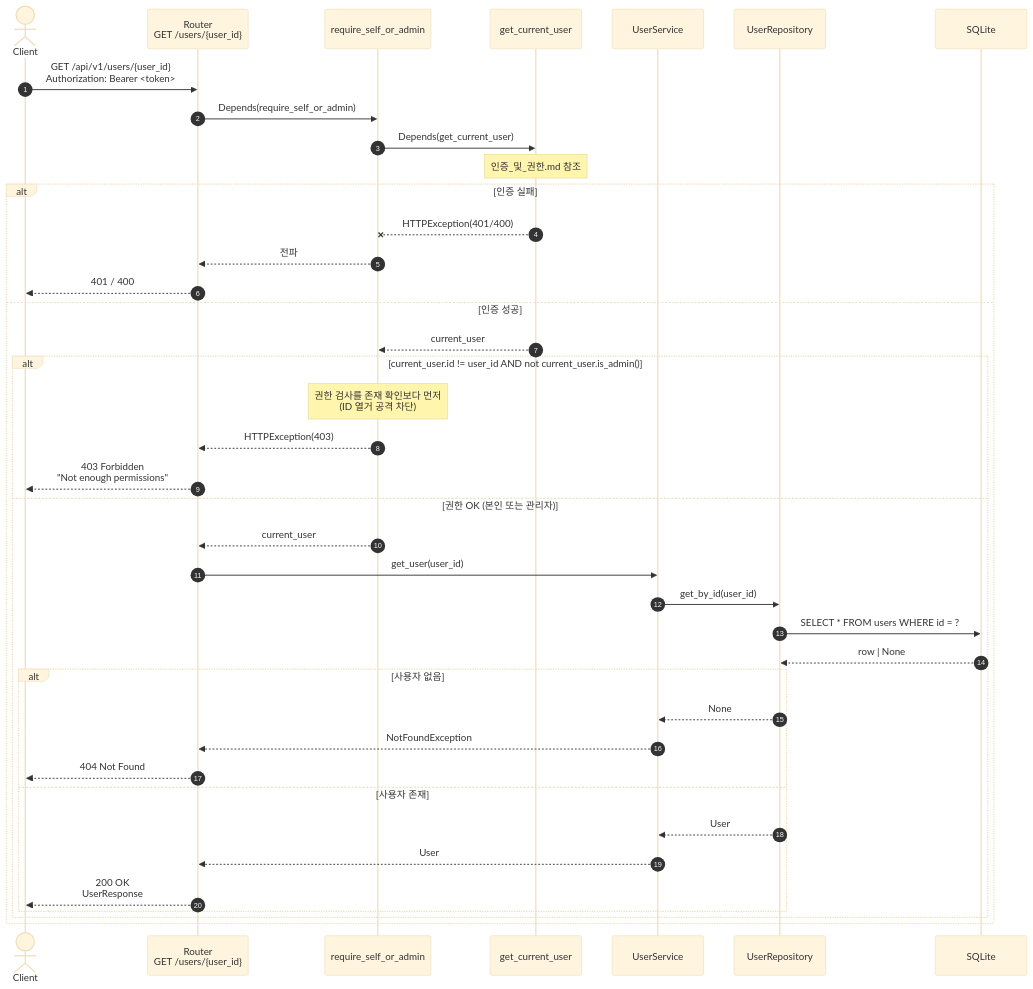
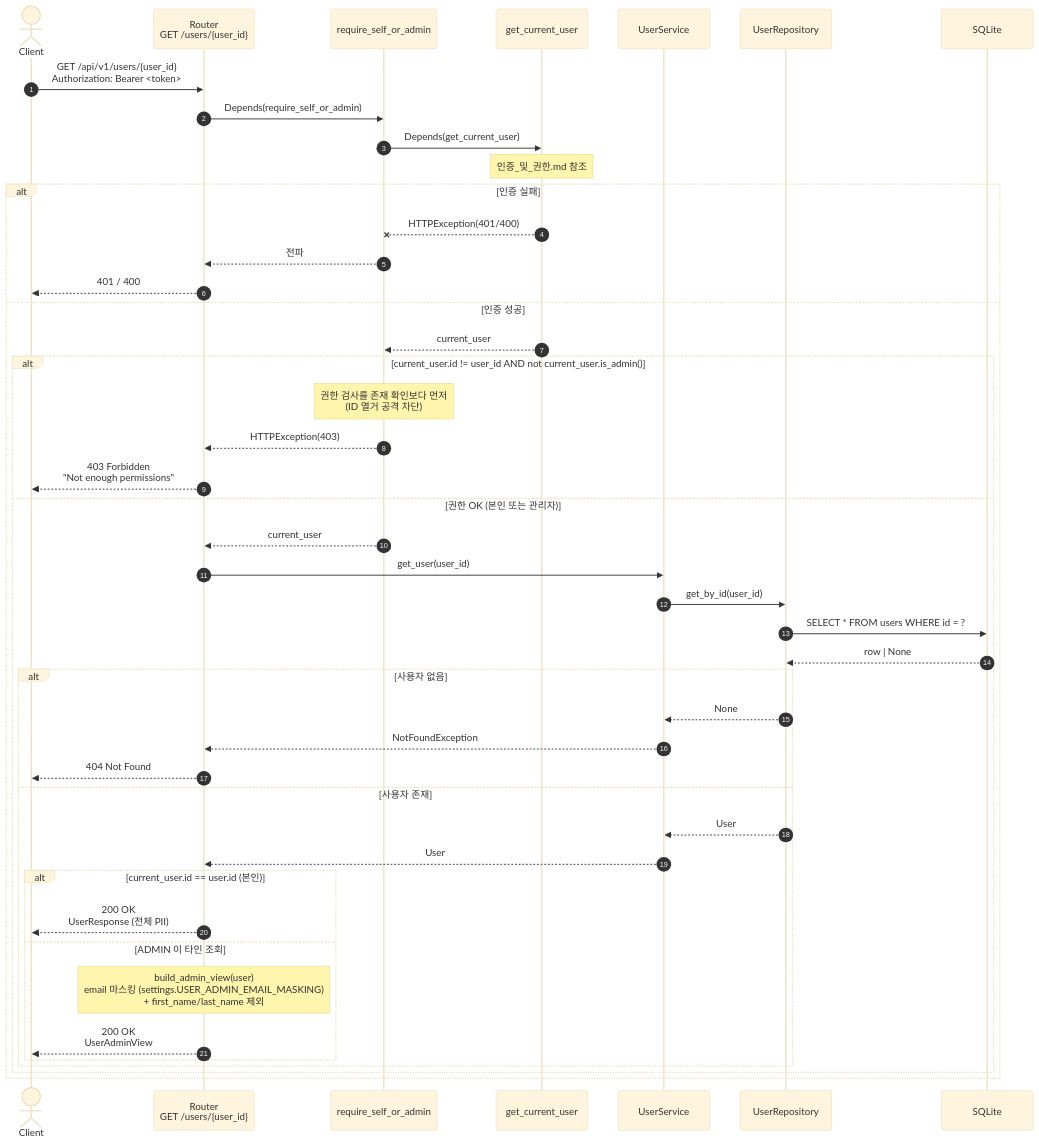
Before and after one commit to hjp7461/fastapi-sample: the third of 3 diagrams in docs/diagram/사용자_프로필.md, drawn with Mermaid (base theme). The commit also changed other lines of this file and 5 other files, not shown here.

First line of the commit message:
docs: 다이어그램 PII 정합 + README §환경 인덱스 + RUNBOOK §9.5 다이어그램 단계

````diff
--- a/docs/diagram/사용자_프로필.md
+++ b/docs/diagram/사용자_프로필.md
@@ -112,44 +115,49 @@
 ```mermaid
 sequenceDiagram
     autonumber
     actor Client
     participant Router as Router<br/>GET /users/{user_id}
     participant SelfAdmin as require_self_or_admin
     participant CurUser as get_current_user
     participant Service as UserService
     participant Repo as UserRepository
     participant DB as SQLite
 
     Client->>Router: GET /api/v1/users/{user_id}<br/>Authorization: Bearer <token>
     Router->>SelfAdmin: Depends(require_self_or_admin)
     SelfAdmin->>CurUser: Depends(get_current_user)
     Note over CurUser: 인증_및_권한.md 참조
 
     alt 인증 실패
         CurUser--xSelfAdmin: HTTPException(401/400)
         SelfAdmin-->>Router: 전파
         Router-->>Client: 401 / 400
     else 인증 성공
         CurUser-->>SelfAdmin: current_user
         alt current_user.id != user_id AND not current_user.is_admin()
             Note over SelfAdmin: 권한 검사를 존재 확인보다 먼저<br/>(ID 열거 공격 차단)
             SelfAdmin-->>Router: HTTPException(403)
             Router-->>Client: 403 Forbidden<br/>"Not enough permissions"
         else 권한 OK (본인 또는 관리자)
             SelfAdmin-->>Router: current_user
             Router->>Service: get_user(user_id)
             Service->>Repo: get_by_id(user_id)
             Repo->>DB: SELECT * FROM users WHERE id = ?
             DB-->>Repo: row | None
             alt 사용자 없음
                 Repo-->>Service: None
                 Service-->>Router: NotFoundException
                 Router-->>Client: 404 Not Found
             else 사용자 존재
                 Repo-->>Service: User
                 Service-->>Router: User
-                Router-->>Client: 200 OK<br/>UserResponse
+                alt current_user.id == user.id (본인)
+                    Router-->>Client: 200 OK<br/>UserResponse (전체 PII)
+                else ADMIN 이 타인 조회
+                    Note over Router: build_admin_view(user)<br/>email 마스킹 (settings.USER_ADMIN_EMAIL_MASKING)<br/>+ first_name/last_name 제외
+                    Router-->>Client: 200 OK<br/>UserAdminView
+                end
             end
         end
     end
 ```
````
